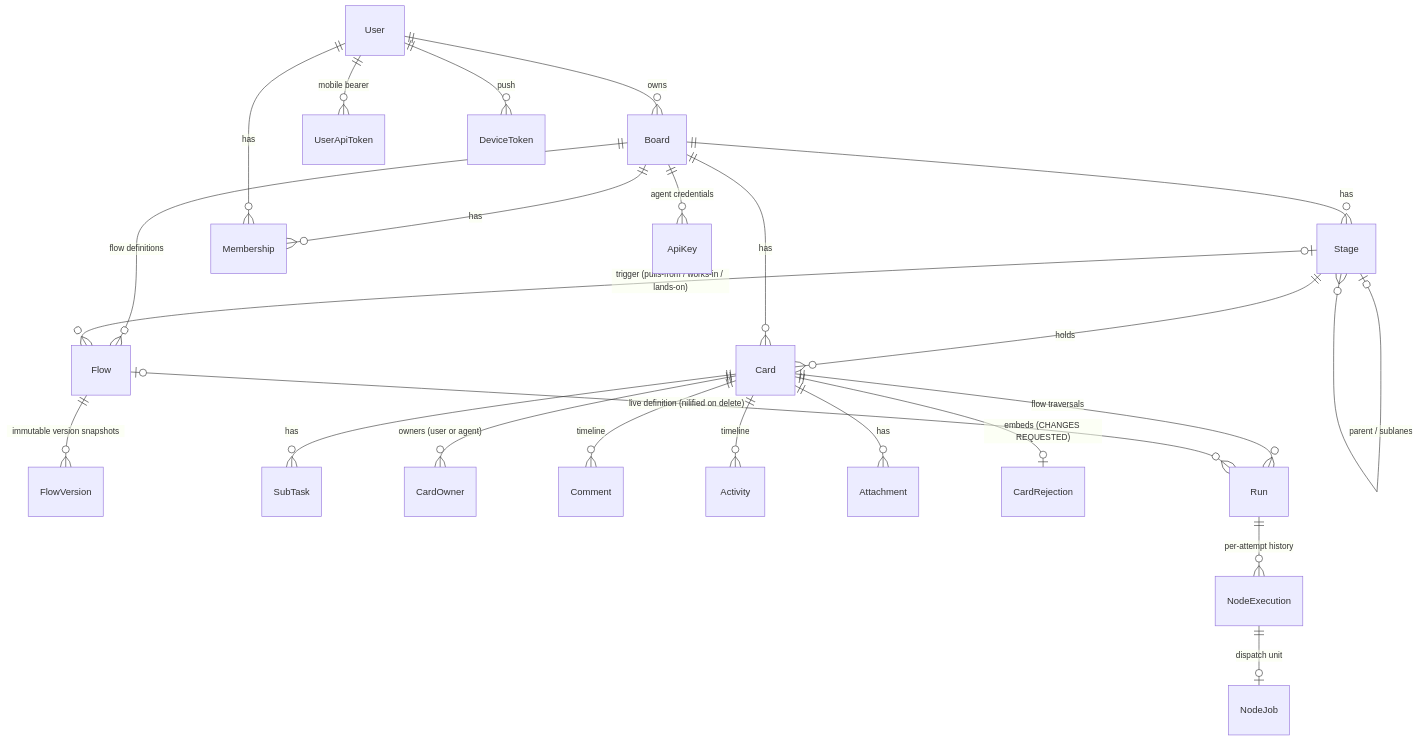
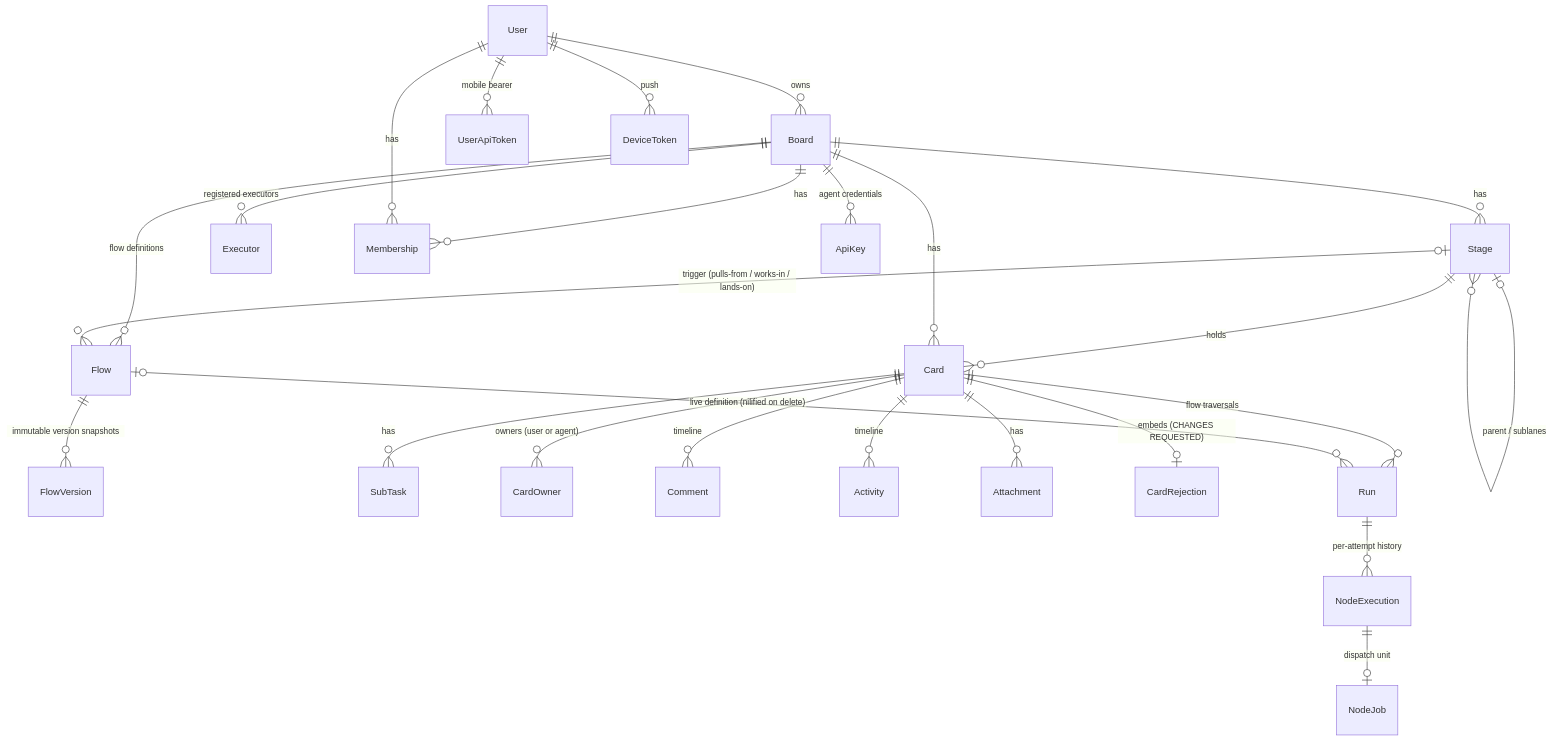
Before and after one commit to jeremylightsmith/relay: the diagram in docs/architecture/domain.md, drawn with Mermaid. The commit also changed 23 other files, not shown here.

````diff
--- a/docs/architecture/domain.md
+++ b/docs/architecture/domain.md
@@ -133,26 +133,27 @@
 ```mermaid
 erDiagram
     User ||--o{ Board : owns
     Board ||--o{ Stage : has
     Stage |o--o{ Stage : "parent / sublanes"
     Stage ||--o{ Card : holds
     Board ||--o{ Card : has
     Board ||--o{ Flow : "flow definitions"
     Stage |o--o{ Flow : "trigger (pulls-from / works-in / lands-on)"
     Flow ||--o{ FlowVersion : "immutable version snapshots"
     Card ||--o{ SubTask : has
     Card ||--o{ CardOwner : "owners (user or agent)"
     Card ||--o{ Comment : timeline
     Card ||--o{ Activity : timeline
     Card ||--o{ Attachment : has
     Card ||--o| CardRejection : "embeds (CHANGES REQUESTED)"
     Card ||--o{ Run : "flow traversals"
     Flow |o--o{ Run : "live definition (nilified on delete)"
     Run ||--o{ NodeExecution : "per-attempt history"
     NodeExecution ||--o| NodeJob : "dispatch unit"
+    Board ||--o{ Executor : "registered executors"
     Board ||--o{ Membership : has
     User ||--o{ Membership : has
     Board ||--o{ ApiKey : "agent credentials"
     User ||--o{ UserApiToken : "mobile bearer"
     User ||--o{ DeviceToken : "push"
 ```
````
